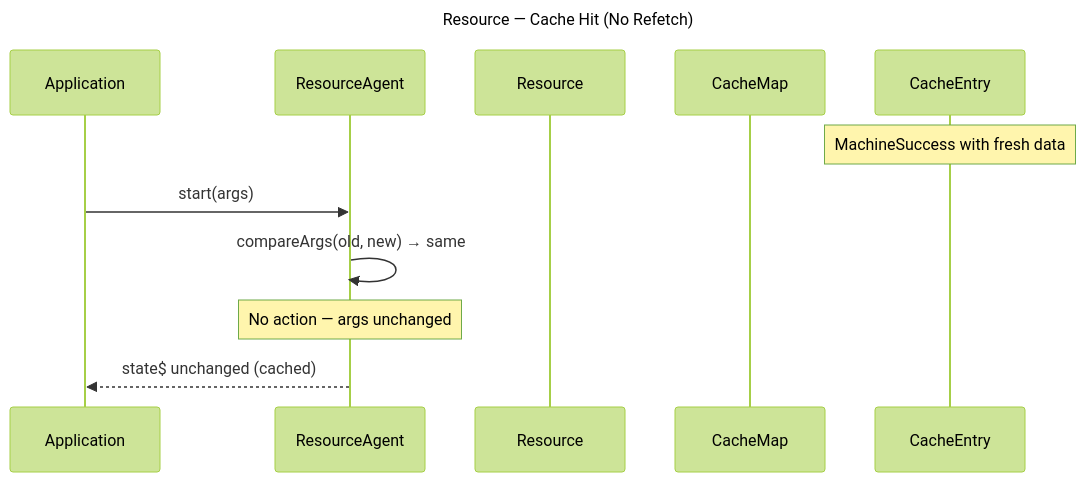
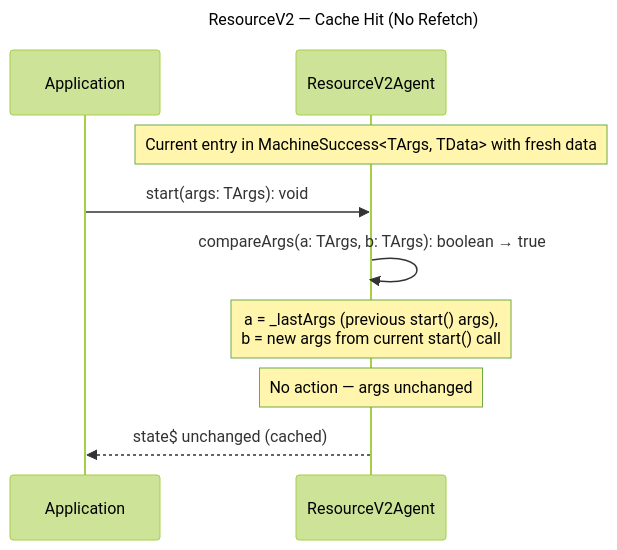
One commit to fozy-labs/rx-toolkit changed the third of 19 diagrams in .thoughts/2026-03-23-1400_query-v2-full-implementation/02-design/02-dataflow.md. Above: the diagram before and after it, drawn with Mermaid (forest theme). The commit also changed other lines of this file and 204 other files, not shown here.

````diff
--- a/.thoughts/2026-03-23-1400_query-v2-full-implementation/02-design/02-dataflow.md
+++ b/.thoughts/2026-03-23-1400_query-v2-full-implementation/02-design/02-dataflow.md
@@ -73,15 +73,13 @@
 ```mermaid
 sequenceDiagram
-    title Resource — Cache Hit (No Refetch)
+    title ResourceV2 — Cache Hit (No Refetch)
     participant App as Application
-    participant Agent as ResourceAgent
-    participant Res as Resource
-    participant CM as CacheMap
-    participant CE as CacheEntry
+    participant Agent as ResourceV2Agent
     
-    Note over CE: MachineSuccess with fresh data
-    App->>Agent: start(args)
-    Agent->>Agent: compareArgs(old, new) → same
+    Note over Agent: Current entry in MachineSuccess<TArgs, TData> with fresh data
+    App->>Agent: start(args: TArgs): void
+    Agent->>Agent: compareArgs(a: TArgs, b: TArgs): boolean → true
+    Note over Agent: a = _lastArgs (previous start() args),<br/>b = new args from current start() call
     Note over Agent: No action — args unchanged
     Agent-->>App: state$ unchanged (cached)
 ```
````
